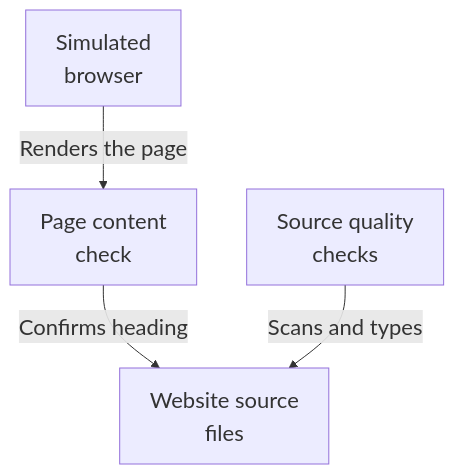
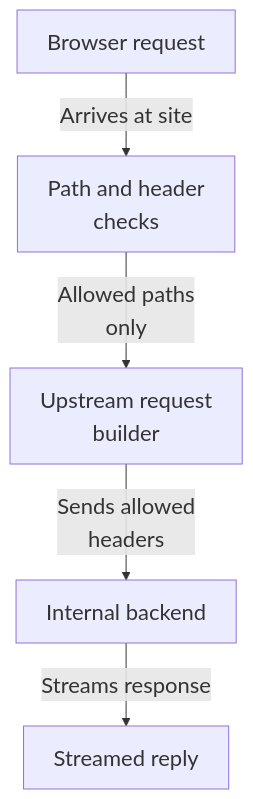
The diagram in maps/frontend/diagram-02.mmd (Justin-Mendoza/Afterclass), drawn with Mermaid before and after one commit. The commit also changed 85 other files, not shown here.

```diff
--- a/maps/frontend/diagram-02.mmd
+++ b/maps/frontend/diagram-02.mmd
@@ -1,9 +1,11 @@
 %%{init: {"themeVariables": {"fontSize": "22px"}}}%%
 flowchart TD
-  n0["Simulated<br/>browser"]
-  n1["Page content<br/>check"]
-  n2["Source quality<br/>checks"]
-  n3["Website source<br/>files"]
-  n0 -->|"Renders the page"| n1
-  n1 -->|"Confirms heading"| n3
-  n2 -->|"Scans and types"| n3
+  n0["Browser request"]
+  n1["Path and header<br/>checks"]
+  n2["Upstream request<br/>builder"]
+  n3["Internal backend"]
+  n4["Streamed reply"]
+  n0 -->|"Arrives at site"| n1
+  n1 -->|"Allowed paths<br/>only"| n2
+  n2 -->|"Sends allowed<br/>headers"| n3
+  n3 -->|"Streams response"| n4
```
